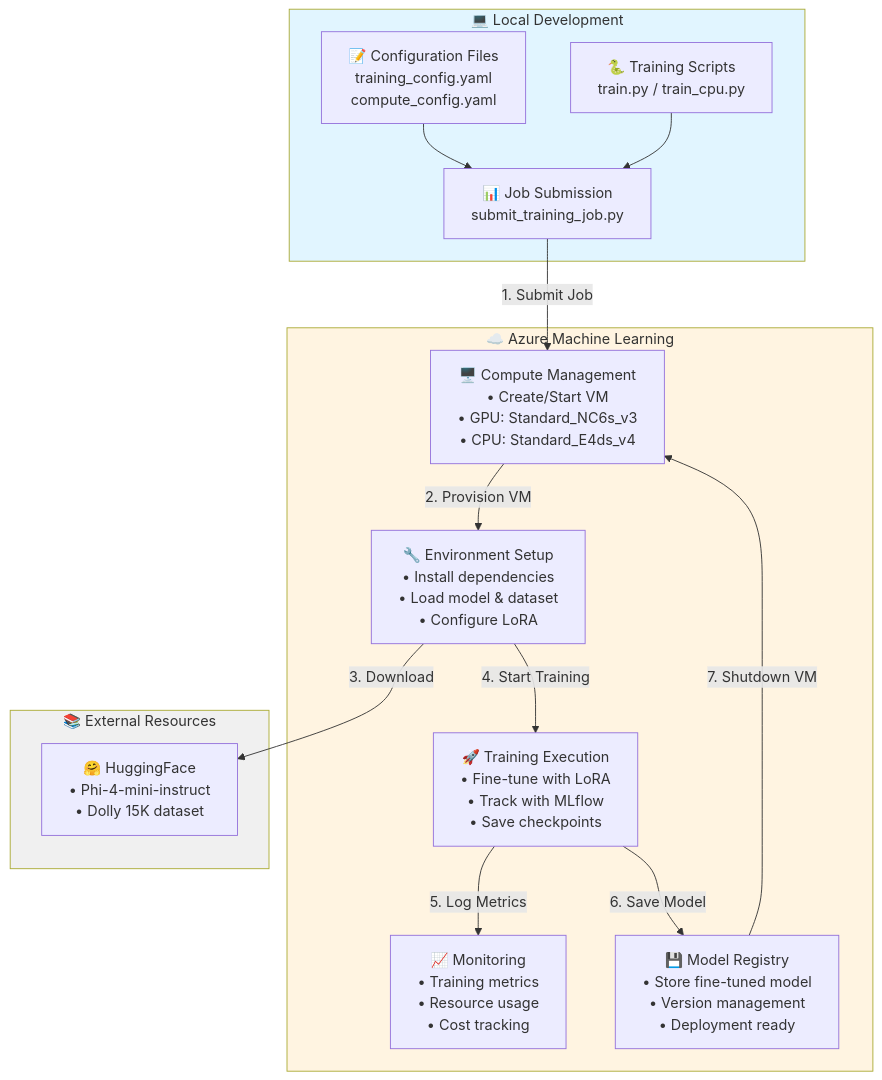
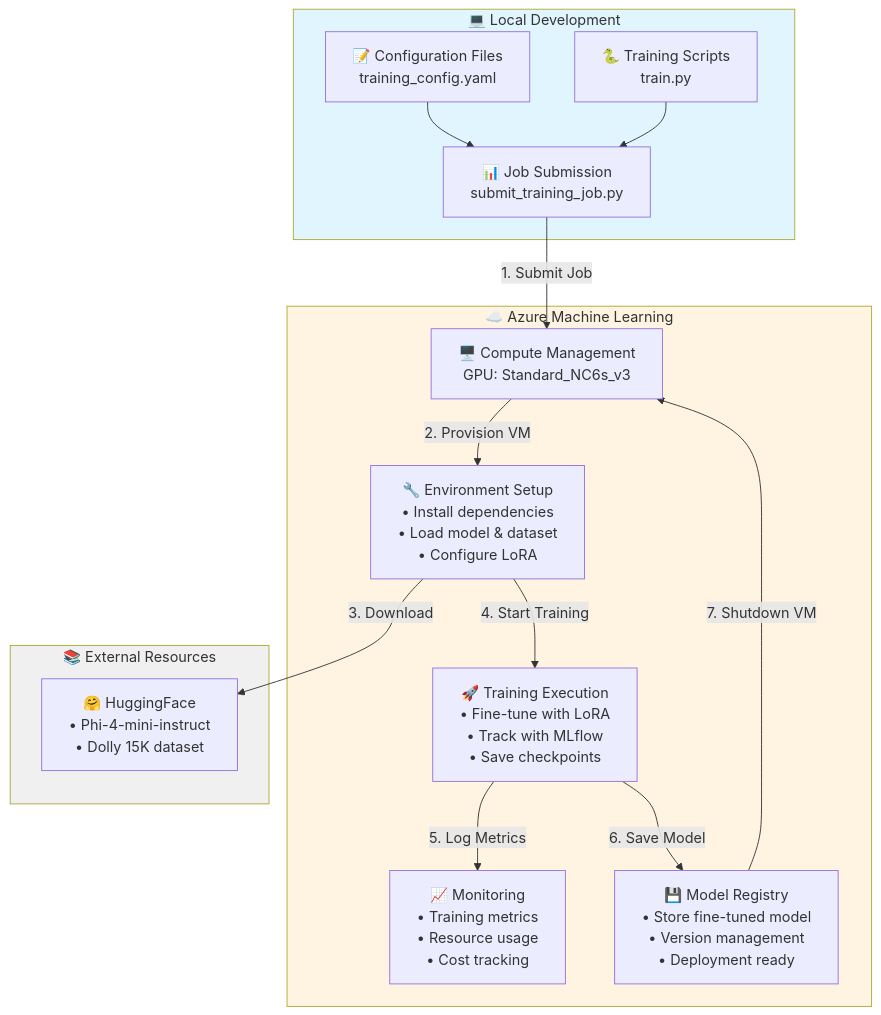
One commit to kimtth/azure-ml-lora-finetune-slm changed the diagram in README.md. Above: the diagram before and after it, drawn with Mermaid. The commit also changed other lines of this file and 16 other files, not shown here.

Commit message:
remove CPU training / add toml / fix blob upload (#4)

````diff
--- a/README.md
+++ b/README.md
@@ -22,34 +22,34 @@
 ```mermaid
 graph TB
     subgraph Local["💻 Local Development"]
-        A["📝 Configuration Files<br/>training_config.yaml<br/>compute_config.yaml"]
-        B["🐍 Training Scripts<br/>train.py / train_cpu.py"]
+        A["📝 Configuration Files<br/>training_config.yaml"]
+        B["🐍 Training Scripts<br/>train.py"]
         C["📊 Job Submission<br/>submit_training_job.py"]
     end
     
     subgraph Azure["☁️ Azure Machine Learning"]
-        D["🖥️ Compute Management<br/>• Create/Start VM<br/>• GPU: Standard_NC6s_v3<br/>• CPU: Standard_E4ds_v4"]
+        D["🖥️ Compute Management<br/>GPU: Standard_NC6s_v3"]
         E["🔧 Environment Setup<br/>• Install dependencies<br/>• Load model & dataset<br/>• Configure LoRA"]
         F["🚀 Training Execution<br/>• Fine-tune with LoRA<br/>• Track with MLflow<br/>• Save checkpoints"]
         G["💾 Model Registry<br/>• Store fine-tuned model<br/>• Version management<br/>• Deployment ready"]
         H["📈 Monitoring<br/>• Training metrics<br/>• Resource usage<br/>• Cost tracking"]
     end
     
     subgraph Data["📚 External Resources"]
         I["🤗 HuggingFace<br/>• Phi-4-mini-instruct<br/>• Dolly 15K dataset"]
     end
     
     A --> C
     B --> C
     C -->|"1. Submit Job"| D
     D -->|"2. Provision VM"| E
     E -->|"3. Download"| I
     E -->|"4. Start Training"| F
     F -->|"5. Log Metrics"| H
     F -->|"6. Save Model"| G
     G -->|"7. Shutdown VM"| D
     
     style Local fill:#e1f5ff
     style Azure fill:#fff4e1
     style Data fill:#f0f0f0
 ```
````
